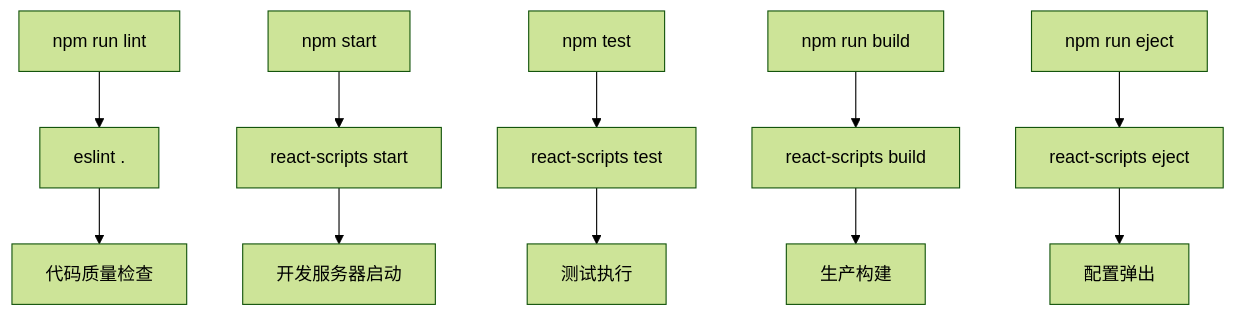
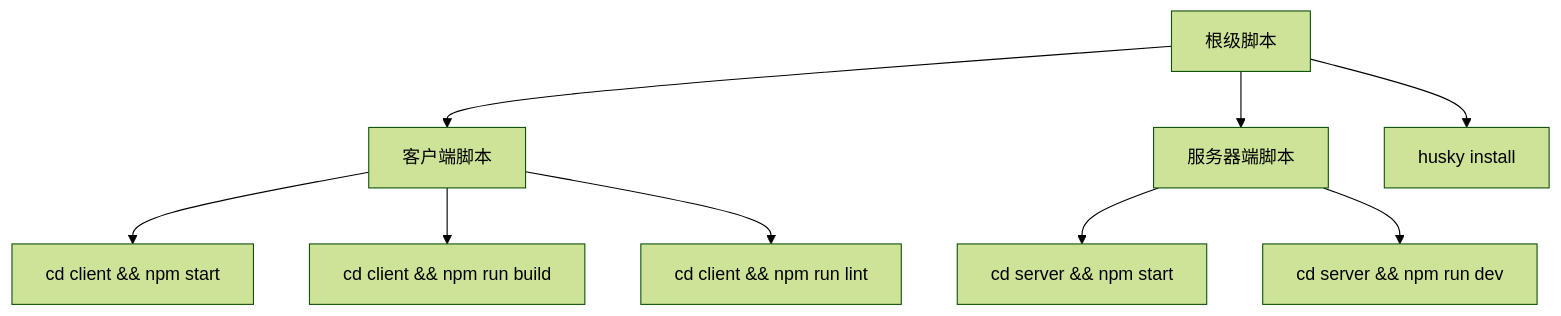
Before and after one commit to kkxxll/reactNext: the third of 5 diagrams in .qoder/repowiki/zh/content/项目结构/配置文件详解.md, drawn with Mermaid (forest theme). The commit also changed other lines of this file and 12 other files, not shown here.

````diff
--- a/.qoder/repowiki/zh/content/项目结构/配置文件详解.md
+++ b/.qoder/repowiki/zh/content/项目结构/配置文件详解.md
@@ -156,13 +217,11 @@
 ```mermaid
 flowchart TD
-A[npm run lint] --> B[eslint .]
-C[npm start] --> D[react-scripts start]
-E[npm test] --> F[react-scripts test]
-G[npm run build] --> H[react-scripts build]
-I[npm run eject] --> J[react-scripts eject]
-B --> K[代码质量检查]
-D --> L[开发服务器启动]
-F --> M[测试执行]
-H --> N[生产构建]
-J --> O[配置弹出]
+A[根级脚本] --> B[客户端脚本]
+A --> C[服务器端脚本]
+B --> D[cd client && npm start]
+C --> E[cd server && npm start]
+B --> F[cd client && npm run build]
+C --> G[cd server && npm run dev]
+B --> H[cd client && npm run lint]
+A --> I[husky install]
 ```
````
